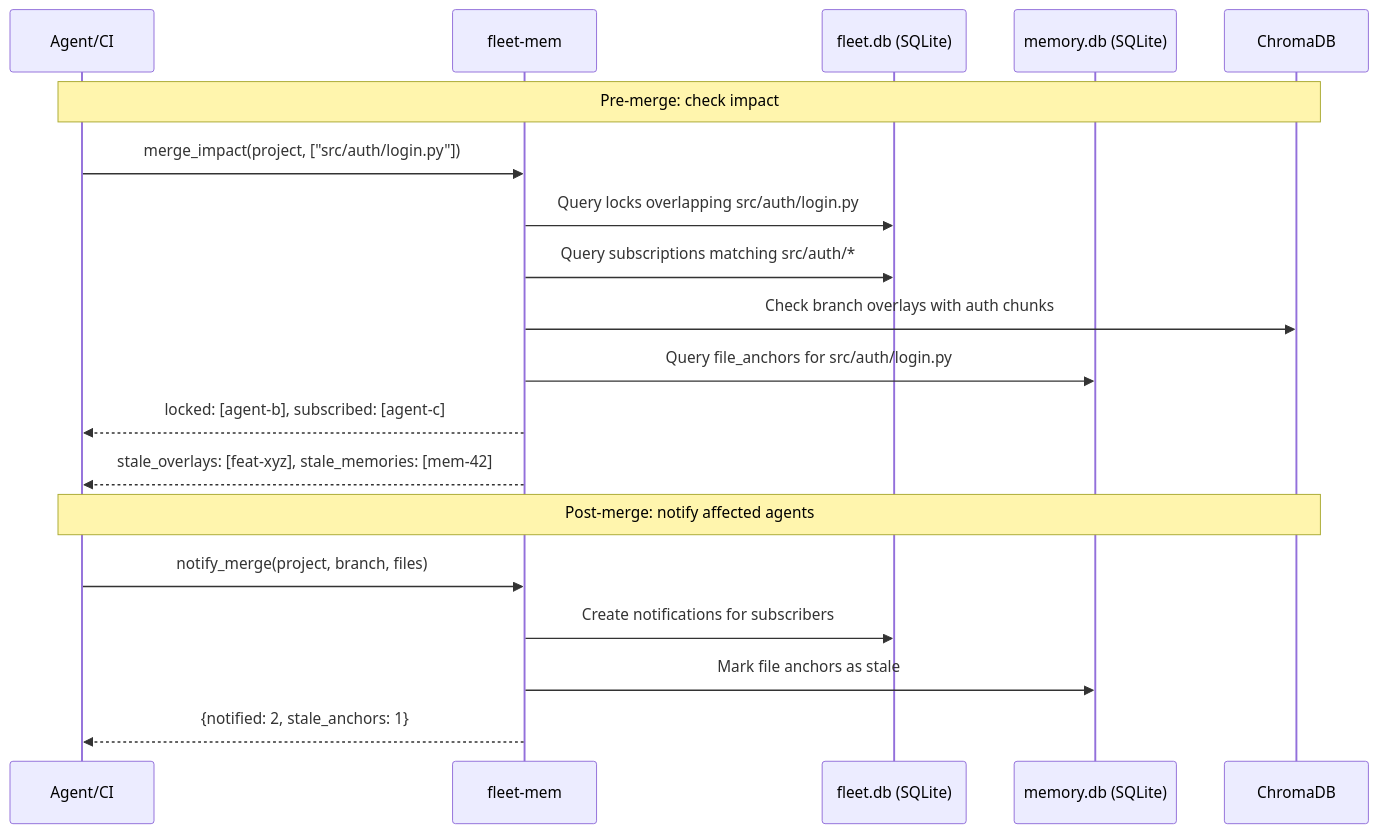
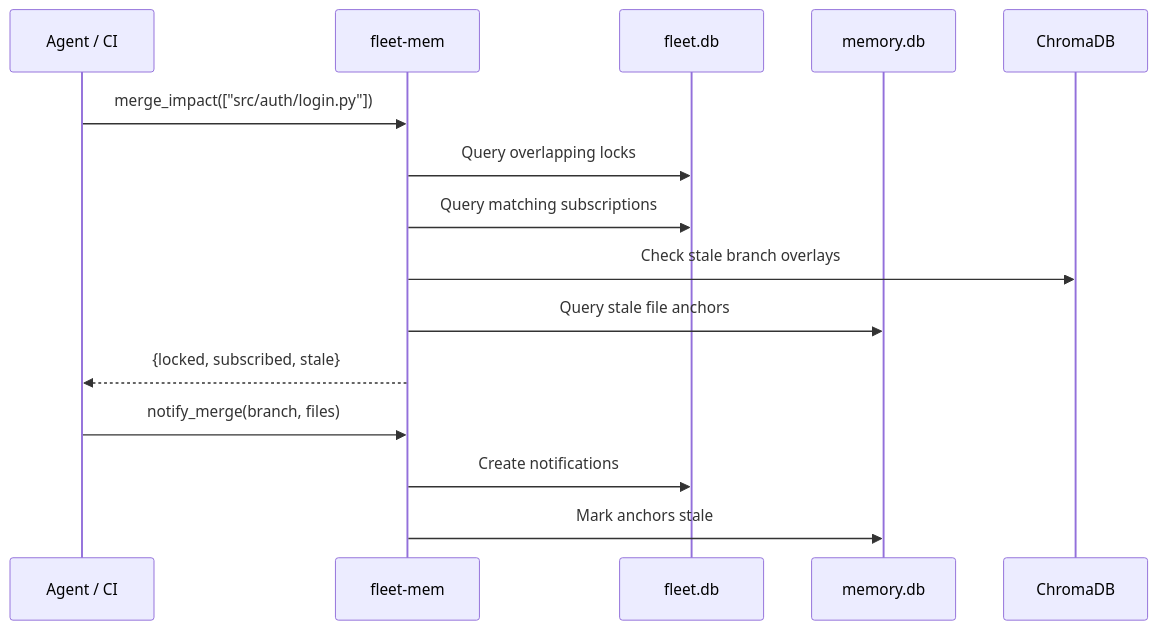
Before and after one commit to sam-ent/fleet-mem: the sixth of 6 diagrams in README.md, drawn with Mermaid. The commit also changed other lines of this file, not shown here.

Commit message:
docs: fix process flows - remove details blocks, promote to h2, simplify

````diff
--- a/README.md
+++ b/README.md
@@ -252,23 +216,19 @@
 ```mermaid
 sequenceDiagram
-    participant AC as Agent/CI
+    participant AC as Agent / CI
     participant FM as fleet-mem
-    participant F as fleet.db (SQLite)
-    participant M as memory.db (SQLite)
+    participant F as fleet.db
+    participant M as memory.db
     participant C as ChromaDB
 
-    Note over AC,C: Pre-merge: check impact
-    AC->>FM: merge_impact(project, ["src/auth/login.py"])
-    FM->>F: Query locks overlapping src/auth/login.py
-    FM->>F: Query subscriptions matching src/auth/*
-    FM->>C: Check branch overlays with auth chunks
-    FM->>M: Query file_anchors for src/auth/login.py
-    FM-->>AC: locked: [agent-b], subscribed: [agent-c]
-    FM-->>AC: stale_overlays: [feat-xyz], stale_memories: [mem-42]
+    AC->>FM: merge_impact(["src/auth/login.py"])
+    FM->>F: Query overlapping locks
+    FM->>F: Query matching subscriptions
+    FM->>C: Check stale branch overlays
+    FM->>M: Query stale file anchors
+    FM-->>AC: {locked, subscribed, stale}
 
-    Note over AC,C: Post-merge: notify affected agents
-    AC->>FM: notify_merge(project, branch, files)
-    FM->>F: Create notifications for subscribers
-    FM->>M: Mark file anchors as stale
-    FM-->>AC: {notified: 2, stale_anchors: 1}
+    AC->>FM: notify_merge(branch, files)
+    FM->>F: Create notifications
+    FM->>M: Mark anchors stale
 ```
````
